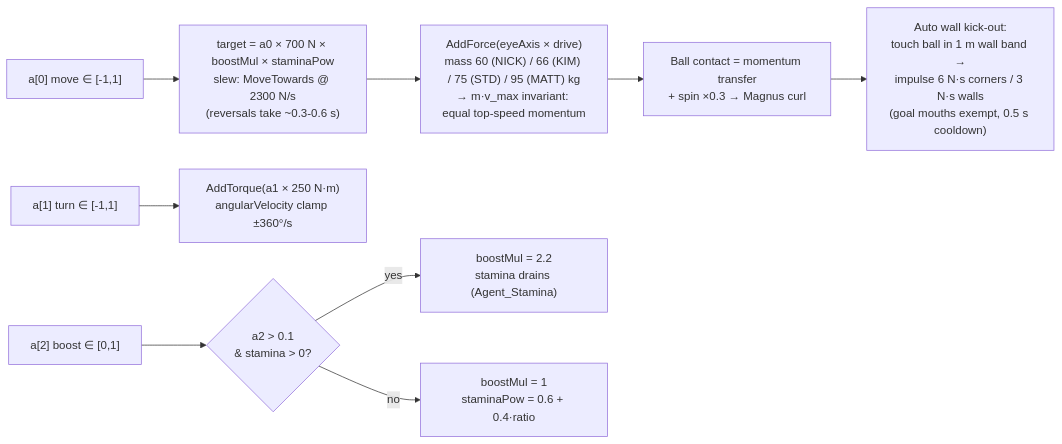
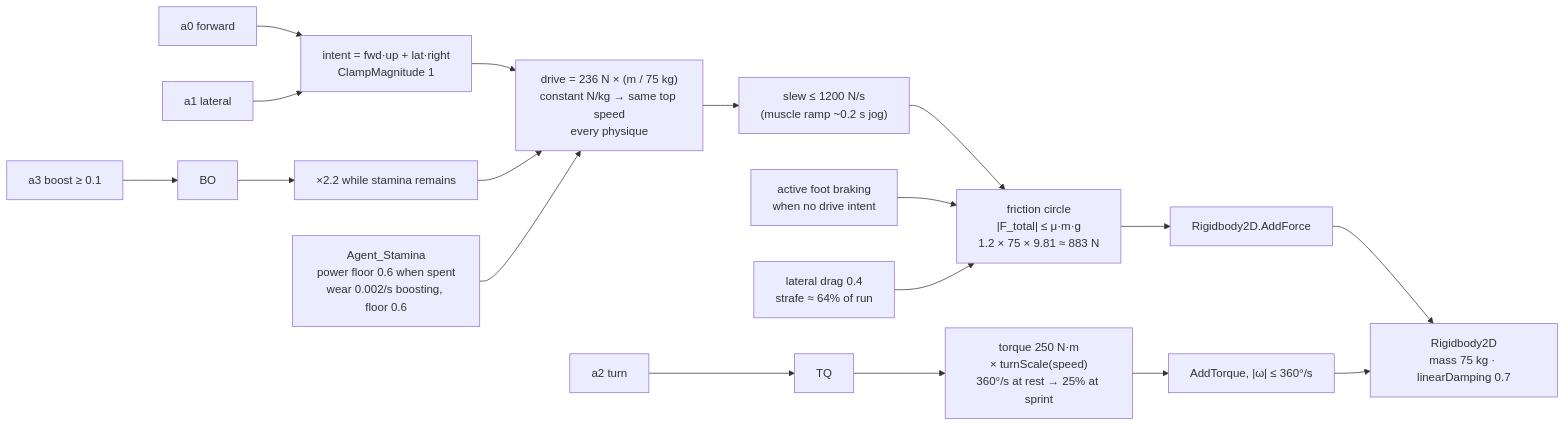
One commit to punkouter26/PoSoccer changed the eighth of 12 diagrams in docs/architecture.md. Above: the diagram before and after it, drawn with Mermaid. The commit also changed other lines of this file and 20 other files, not shown here.

First line of the commit message:
UNITY_DOCS: wipe docs/ and regenerate the diagram + report suite

````diff
--- a/docs/architecture.md
+++ b/docs/architecture.md
@@ -126,11 +180,23 @@
 ```mermaid
 flowchart LR
-    A0["a[0] move ∈ [-1,1]"] --> SLEW["target = a0 × 700 N × boostMul × staminaPow\nslew: MoveTowards @ 2300 N/s\n(reversals take ~0.3-0.6 s)"]
-    SLEW --> ADDF["AddForce(eyeAxis × drive)\nmass 60 (NICK) / 66 (KIM) / 75 (STD) / 95 (MATT) kg\n→ m·v_max invariant: equal top-speed momentum"]
-    A1["a[1] turn ∈ [-1,1]"] --> TQ["AddTorque(a1 × 250 N·m)\nangularVelocity clamp ±360°/s"]
-    A2["a[2] boost ∈ [0,1]"] --> BST{"a2 > 0.1\n& stamina > 0?"}
-    BST -->|yes| MUL["boostMul = 2.2\nstamina drains (Agent_Stamina)"]
-    BST -->|no| ONE["boostMul = 1\nstaminaPow = 0.6 + 0.4·ratio"]
-    ADDF --> CONTACT["Ball contact = momentum transfer\n+ spin ×0.3 → Magnus curl"]
-    CONTACT --> KICKOUT["Auto wall kick-out:\ntouch ball in 1 m wall band →\nimpulse 6 N·s corners / 3 N·s walls\n(goal mouths exempt, 0.5 s cooldown)"]
+    A0["a0 forward"] --> I["intent = fwd·up + lat·right<br/>ClampMagnitude 1"]
+    A1["a1 lateral"] --> I
+    A2["a2 turn"] --> TQ
+    A3["a3 boost ≥ 0.1"] --> BO
+
+    I --> DR["drive = 236 N × (m / 75 kg)<br/>constant N/kg → same top speed<br/>every physique"]
+    BO --> BM["×2.2 while stamina remains"]
+    BM --> DR
+    DR --> SLEW["slew ≤ 1200 N/s<br/>(muscle ramp ~0.2 s jog)"]
+    SLEW --> CIRC["friction circle<br/>|F_total| ≤ μ·m·g<br/>1.2 × 75 × 9.81 ≈ 883 N"]
+    BRK["active foot braking<br/>when no drive intent"] --> CIRC
+    LAT["lateral drag 0.4<br/>strafe ≈ 64% of run"] --> CIRC
+    CIRC --> FRC["Rigidbody2D.AddForce"]
+
+    TQ --> TS["torque 250 N·m<br/>× turnScale(speed)<br/>360°/s at rest → 25% at sprint"]
+    TS --> TRQ["AddTorque, |ω| ≤ 360°/s"]
+
+    FRC --> BODY["Rigidbody2D<br/>mass 75 kg · linearDamping 0.7"]
+    TRQ --> BODY
+    STA["Agent_Stamina<br/>power floor 0.6 when spent<br/>wear 0.002/s boosting, floor 0.6"] --> DR
 ```
````
